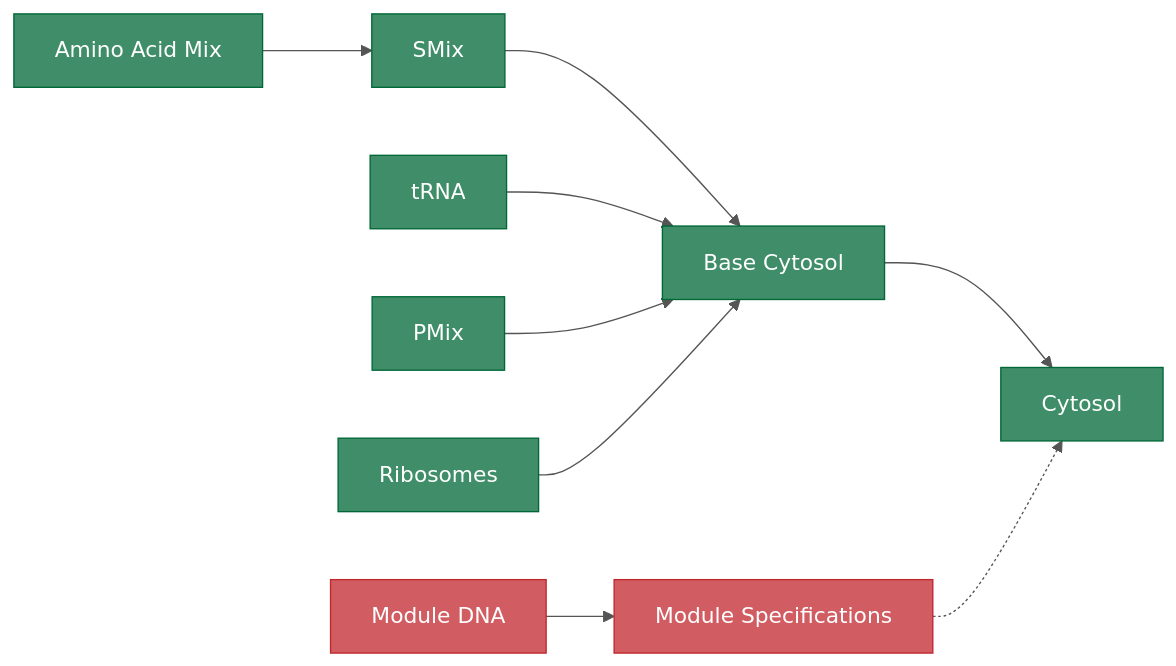
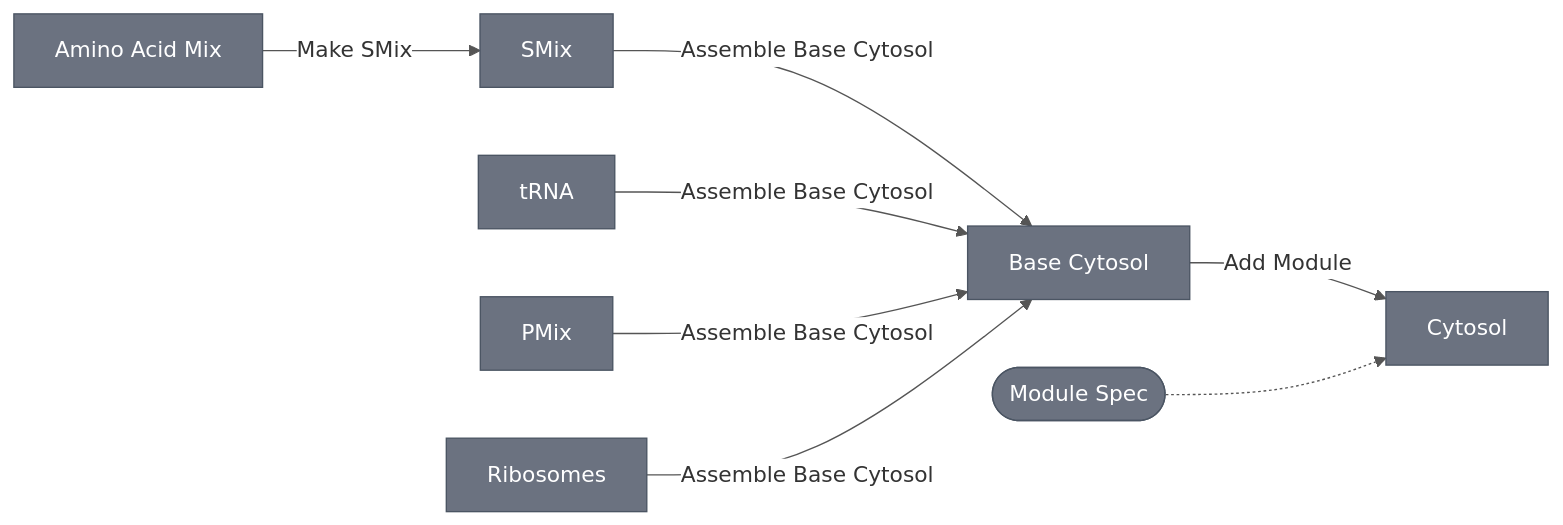
Before and after one commit to nucleus-eng/nucleus-docs: the second of 2 diagrams in docs/processes/processes-main.md, drawn with Mermaid. The commit also changed other lines of this file, not shown here.

Commit message:
refactor: update process diagrams — arrows as processes, boxes as nouns
- Edge labels now name the process (Add Module, Assemble Base Cell,
  Assemble Base Cytosol, Make SMix)
- Boxes represent physical nouns only; process nodes removed
- Module Spec and Membrane Spec use rounded stadium shape
- Module DNA node removed; Module Spec dashes directly into Cytosol
- Membrane added as a physical noun; Membrane Spec dashes into it
- All nodes uniform gray (#6B7280) — shape conveys type, not color
- click targets updated: BaseCell links to assemble-base-cell

````diff
--- a/docs/processes/processes-main.md
+++ b/docs/processes/processes-main.md
@@ -44,31 +40,25 @@
 ```{mermaid}
-%%{init: {'theme': 'base', 'themeVariables': {'primaryColor': '#006837', 'primaryTextColor': '#ffffff', 'primaryBorderColor': '#006837', 'lineColor': '#555555'}}}%%
+%%{init: {'theme': 'base', 'themeVariables': {'lineColor': '#555555', 'edgeLabelBackground': '#ffffff'}}}%%
 flowchart LR
-    AAMix["Amino Acid Mix"] --> SMix["SMix"]
-    SMix --> BaseCytosol["Base Cytosol"]
-    tRNA["tRNA"] --> BaseCytosol
-    PMix["PMix"] --> BaseCytosol
-    Ribosomes["Ribosomes"] --> BaseCytosol
-    BaseCytosol --> Cytosol["Cytosol"]
-    ModDNA["Module DNA"] --> ModSpec["Module Specifications"]
-    ModSpec -.-> Cytosol
+    AminoAcids["Amino Acid Mix"] -->|"Make SMix"| SMix["SMix"]
+    SMix & tRNA["tRNA"] & PMix["PMix"] & Ribosomes["Ribosomes"] -->|"Assemble Base Cytosol"| BaseCytosol["Base Cytosol"]
+    BaseCytosol -->|"Add Module"| Cytosol["Cytosol"]
+    ModSpec(["Module Spec"]) -.-> Cytosol
 
-    style AAMix fill:#408E69,color:#ffffff,stroke:#006837
-    style SMix fill:#408E69,color:#ffffff,stroke:#006837
-    style tRNA fill:#408E69,color:#ffffff,stroke:#006837
-    style PMix fill:#408E69,color:#ffffff,stroke:#006837
-    style Ribosomes fill:#408E69,color:#ffffff,stroke:#006837
-    style BaseCytosol fill:#408E69,color:#ffffff,stroke:#006837
-    style Cytosol fill:#408E69,color:#ffffff,stroke:#006837
-    style ModDNA fill:#D15D62,color:#ffffff,stroke:#C1272D
-    style ModSpec fill:#D15D62,color:#ffffff,stroke:#C1272D
+    style AminoAcids fill:#6B7280,color:#ffffff,stroke:#4B5563
+    style SMix fill:#6B7280,color:#ffffff,stroke:#4B5563
+    style tRNA fill:#6B7280,color:#ffffff,stroke:#4B5563
+    style PMix fill:#6B7280,color:#ffffff,stroke:#4B5563
+    style Ribosomes fill:#6B7280,color:#ffffff,stroke:#4B5563
+    style BaseCytosol fill:#6B7280,color:#ffffff,stroke:#4B5563
+    style Cytosol fill:#6B7280,color:#ffffff,stroke:#4B5563
+    style ModSpec fill:#6B7280,color:#ffffff,stroke:#4B5563
 
-    click AAMix "./make-amino-acid-mix/main"
+    click AminoAcids "./make-amino-acid-mix/main"
     click SMix "./make-small-molecule-mix/main"
     click tRNA "./make-trna/main"
     click PMix "./make-36pot/main"
     click Ribosomes "./make-ribosomes/main"
     click BaseCytosol "./assemble-base-cytosol/main"
-    click ModDNA "../dna-distro"
     click ModSpec "../modules/modules-main"
 ```
````
